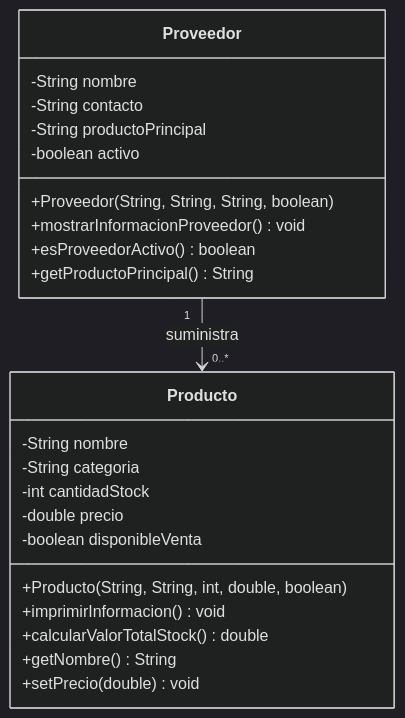
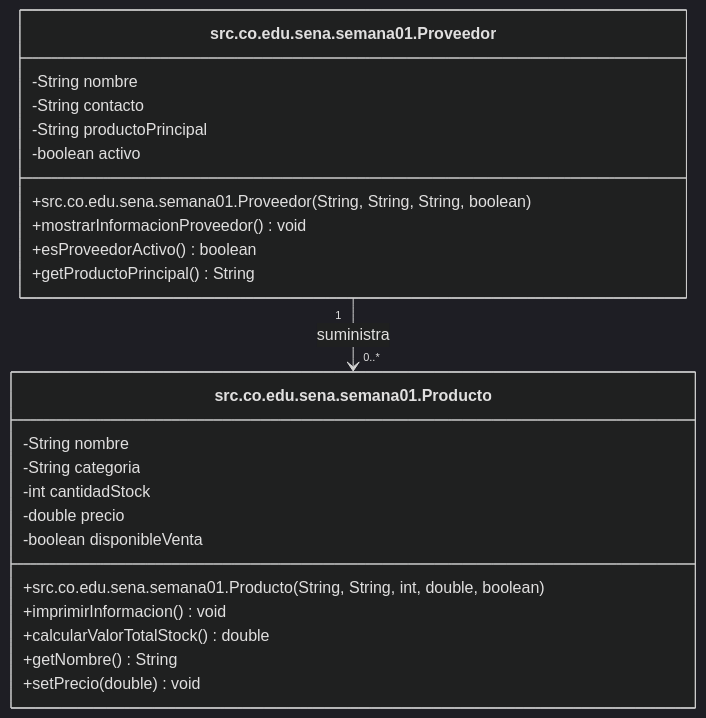
One commit to javieburgossepul-cpu/bc-poo-Javier-Sepulveda changed the diagram in semana-01/documentos/ANÁLISIS.md. Above: the diagram before and after it, drawn with Mermaid (dark theme). The commit also changed other lines of this file and 26 other files, not shown here.

````diff
--- a/semana-01/documentos/ANÁLISIS.md
+++ b/semana-01/documentos/ANÁLISIS.md
@@ -75,28 +75,28 @@
 ```mermaid
 classDiagram
-    class Producto {
+    class src.co.edu.sena.semana01.Producto {
         -String nombre
         -String categoria
         -int cantidadStock
         -double precio
         -boolean disponibleVenta
-        +Producto(String, String, int, double, boolean)
+        +src.co.edu.sena.semana01.Producto(String, String, int, double, boolean)
         +imprimirInformacion() void
         +calcularValorTotalStock() double
         +getNombre() String
         +setPrecio(double) void
     }
 
-    class Proveedor {
+    class src.co.edu.sena.semana01.Proveedor {
         -String nombre
         -String contacto
         -String productoPrincipal
         -boolean activo
-        +Proveedor(String, String, String, boolean)
+        +src.co.edu.sena.semana01.Proveedor(String, String, String, boolean)
         +mostrarInformacionProveedor() void
         +esProveedorActivo() boolean
         +getProductoPrincipal() String
     }
 
-    Proveedor "1" --> "0..*" Producto : suministra
+    src.co.edu.sena.semana01.Proveedor "1" --> "0..*" src.co.edu.sena.semana01.Producto : suministra
 ```
````
